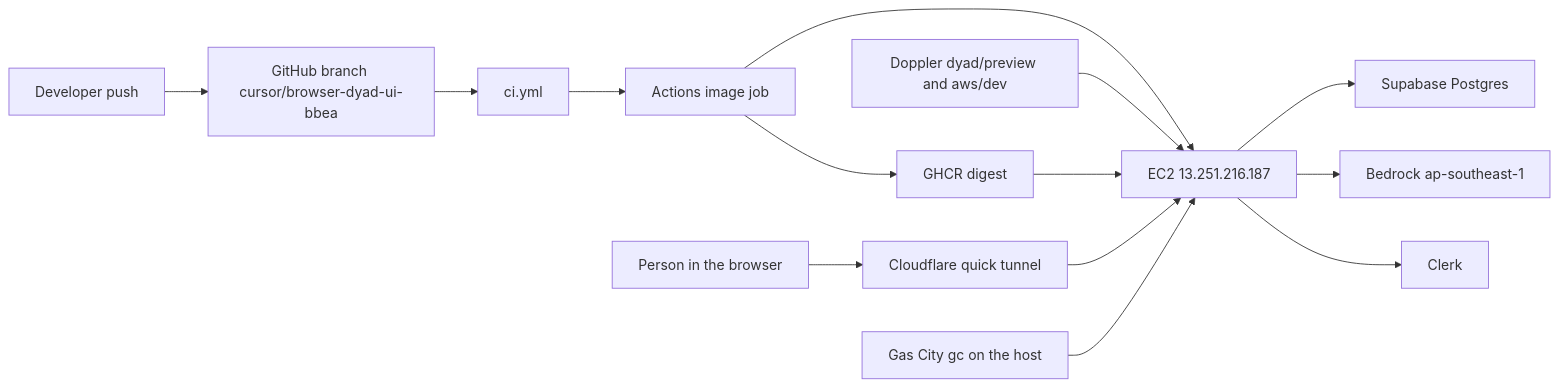
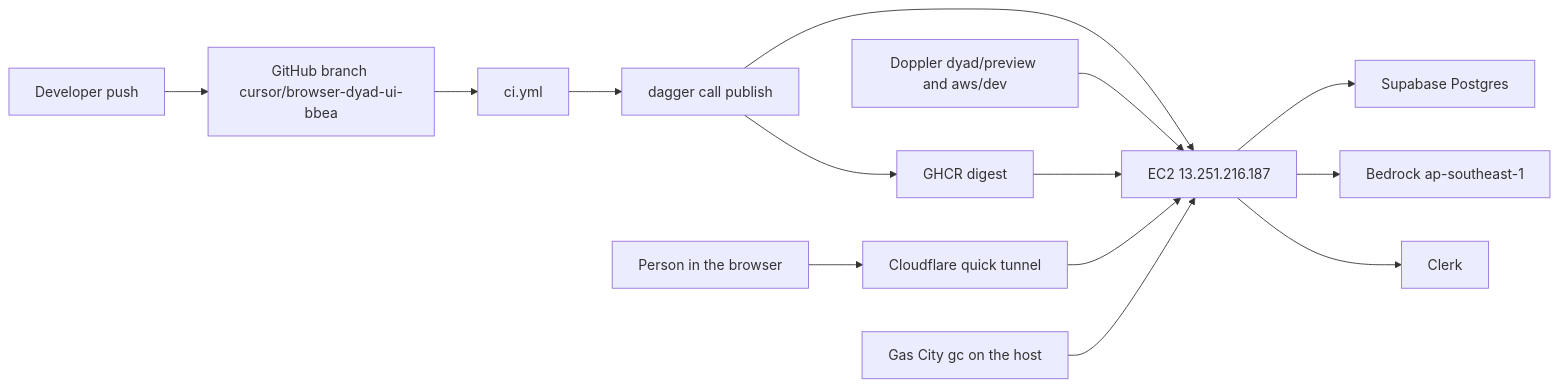
The first of 8 diagrams in plans/offhost-image-pull.md (Awannaphasch2016/dyad), drawn with Mermaid before and after one commit. The commit also changed other lines of this file and 1 other file, not shown here.

First line of the commit message:
Lock the image plan so Dagger publishes and EC2 only pulls.

````diff
--- a/plans/offhost-image-pull.md
+++ b/plans/offhost-image-pull.md
@@ -289,30 +302,30 @@
 ```mermaid
 flowchart LR
   Dev[Developer push]
   GH[GitHub branch cursor/browser-dyad-ui-bbea]
   CI[ci.yml]
-  Build[Actions image job]
+  Build[dagger call publish]
   GHCR[GHCR digest]
   Doppler[Doppler dyad/preview and aws/dev]
   EC2[EC2 13.251.216.187]
   Tunnel[Cloudflare quick tunnel]
   Person[Person in the browser]
   GC[Gas City gc on the host]
   Supa[Supabase Postgres]
   Bedrock[Bedrock ap-southeast-1]
   Clerk[Clerk]
 
   Dev --> GH
   GH --> CI
   CI --> Build
   Build --> GHCR
   Build --> EC2
   Doppler --> EC2
   GHCR --> EC2
   Person --> Tunnel
   Tunnel --> EC2
   GC --> EC2
   EC2 --> Supa
   EC2 --> Bedrock
   EC2 --> Clerk
 ```
````
